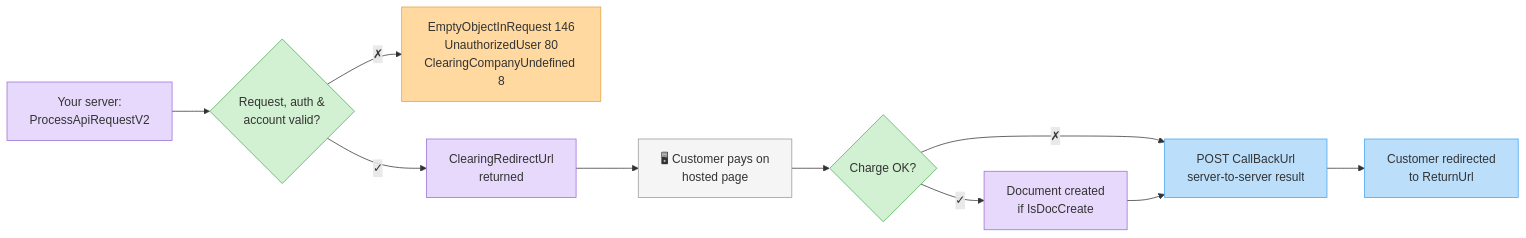
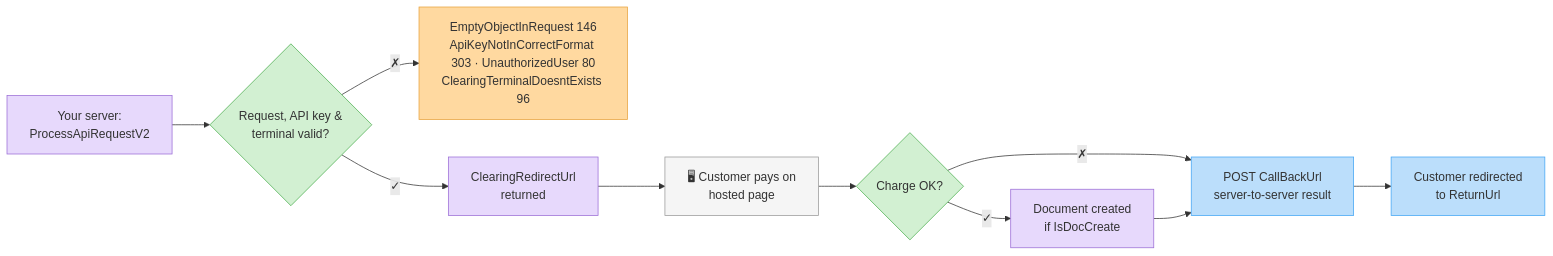
The diagram in clearing/overview.md (invoice4udev-hue/i4u-docs), drawn with Mermaid before and after one commit. The commit also changed 2 other files, not shown here.

Commit message:
docs(clearing): correct auth (API key only), terminal error 96, customer identifier requirement, CreditCardCompanyType enum, Platform field, real refund behavior

````diff
--- a/clearing/overview.md
+++ b/clearing/overview.md
@@ -13,18 +13,18 @@
 ```mermaid
 flowchart LR
     classDef step fill:#E7D9FC,stroke:#9B6DD6,color:#333
     classDef dec fill:#D2F0D2,stroke:#4CAF50,color:#333
     classDef err fill:#FFD9A0,stroke:#E8A33D,color:#333
     classDef cb fill:#BBDEFB,stroke:#42A5F5,color:#333
     classDef page fill:#F5F5F5,stroke:#999,color:#333
 
-    A[Your server:<br/>ProcessApiRequestV2]:::step --> B{Request, auth &<br/>account valid?}:::dec
-    B -- ✗ --> E1[EmptyObjectInRequest 146<br/>UnauthorizedUser 80<br/>ClearingCompanyUndefined 8]:::err
+    A[Your server:<br/>ProcessApiRequestV2]:::step --> B{Request, API key &<br/>terminal valid?}:::dec
+    B -- ✗ --> E1[EmptyObjectInRequest 146<br/>ApiKeyNotInCorrectFormat 303 · UnauthorizedUser 80<br/>ClearingTerminalDoesntExists 96]:::err
     B -- ✓ --> C[ClearingRedirectUrl<br/>returned]:::step
     C --> D[🖥 Customer pays on<br/>hosted page]:::page
     D --> F{Charge OK?}:::dec
     F -- ✓ --> G[Document created<br/>if IsDocCreate]:::step
     F -- ✗ --> H
     G --> H[POST CallBackUrl<br/>server-to-server result]:::cb
     H --> I[Customer redirected<br/>to ReturnUrl]:::cb
 ```
````
